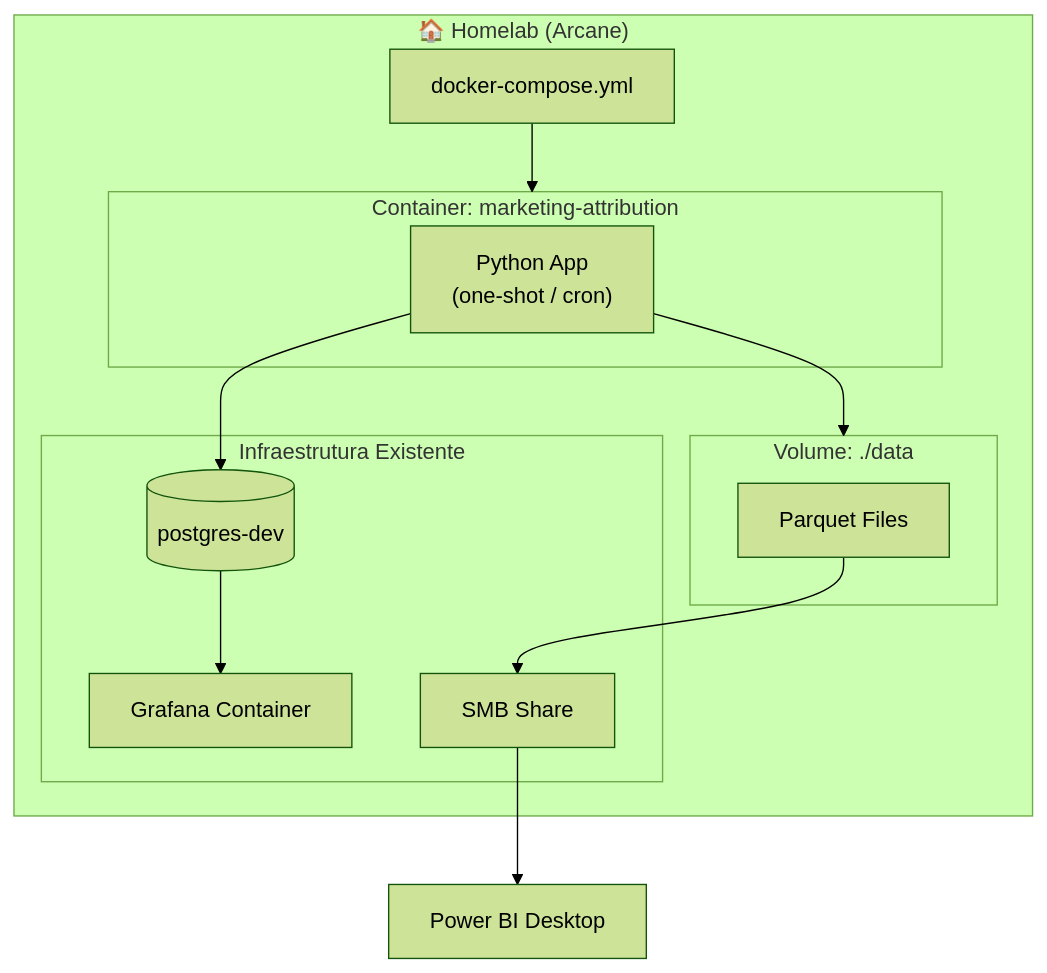
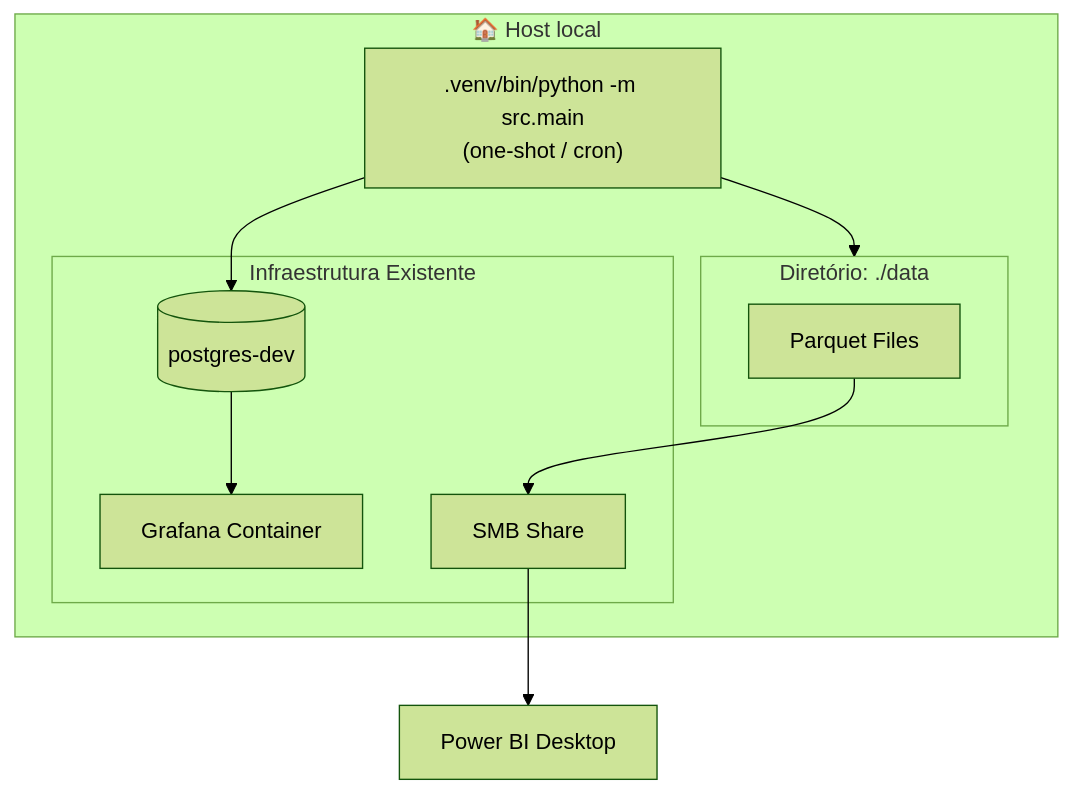
One commit to Anotther/marketing-attribution changed the second of 3 diagrams in docs/PRD.md. Above: the diagram before and after it, drawn with Mermaid (forest theme). The commit also changed other lines of this file and 9 other files, not shown here.

````diff
--- a/docs/PRD.md
+++ b/docs/PRD.md
@@ -115,27 +116,22 @@
 ```mermaid
 graph TB
-    subgraph Arcane["🏠 Homelab (Arcane)"]
-        DC["docker-compose.yml"]
-        
-        subgraph PythonContainer["Container: marketing-attribution"]
-            APP["Python App\n(one-shot / cron)"]
-        end
-        
-        subgraph SharedVolume["Volume: ./data"]
+    subgraph Host["🏠 Host local"]
+        APP[".venv/bin/python -m src.main\n(one-shot / cron)"]
+
+        subgraph LocalData["Diretório: ./data"]
             FILES["Parquet Files"]
         end
-        
+
         subgraph ExistingInfra["Infraestrutura Existente"]
             DB[("postgres-dev")]
             GRAFANA["Grafana Container"]
             SMB["SMB Share"]
         end
     end
 
-    DC --> PythonContainer
     APP --> DB
-    APP --> SharedVolume
+    APP --> LocalData
     DB --> GRAFANA
     FILES --> SMB
     SMB --> PBI["Power BI Desktop"]
 ```
````
